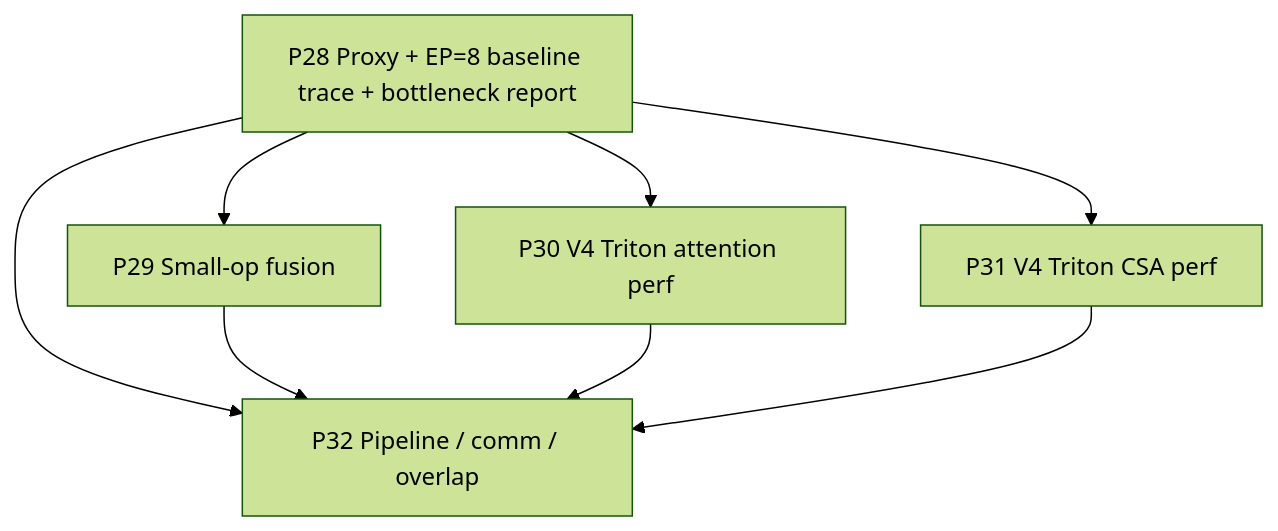
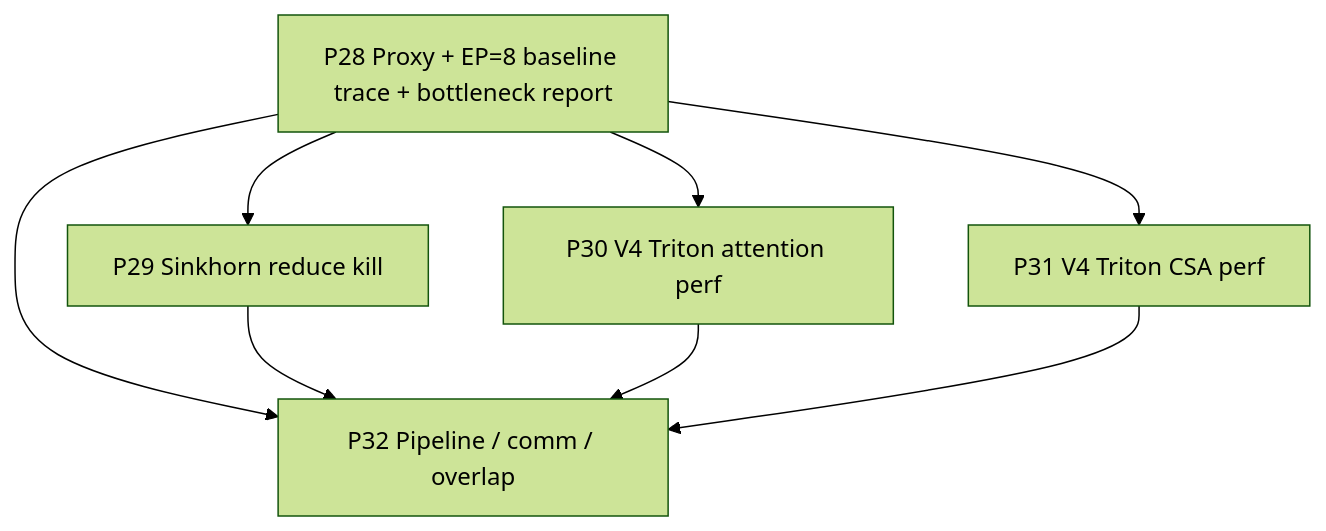
Before and after one commit to AMD-AGI/Primus: the diagram in deepseek-v4/develop/plan-5/01-roadmap.md, drawn with Mermaid (forest theme). The commit also changed other lines of this file and 24 other files, not shown here.

````diff
--- a/deepseek-v4/develop/plan-5/01-roadmap.md
+++ b/deepseek-v4/develop/plan-5/01-roadmap.md
@@ -23,16 +31,16 @@
 ```mermaid
 flowchart TD
 P28[P28 Proxy + EP=8 baseline trace + bottleneck report]
-P29[P29 Small-op fusion]
+P29[P29 Sinkhorn reduce kill]
 P30[P30 V4 Triton attention perf]
 P31[P31 V4 Triton CSA perf]
 P32[P32 Pipeline / comm / overlap]
 
 P28 --> P29
 P28 --> P30
 P28 --> P31
 P28 --> P32
 P29 --> P32
 P30 --> P32
 P31 --> P32
 ```
````
